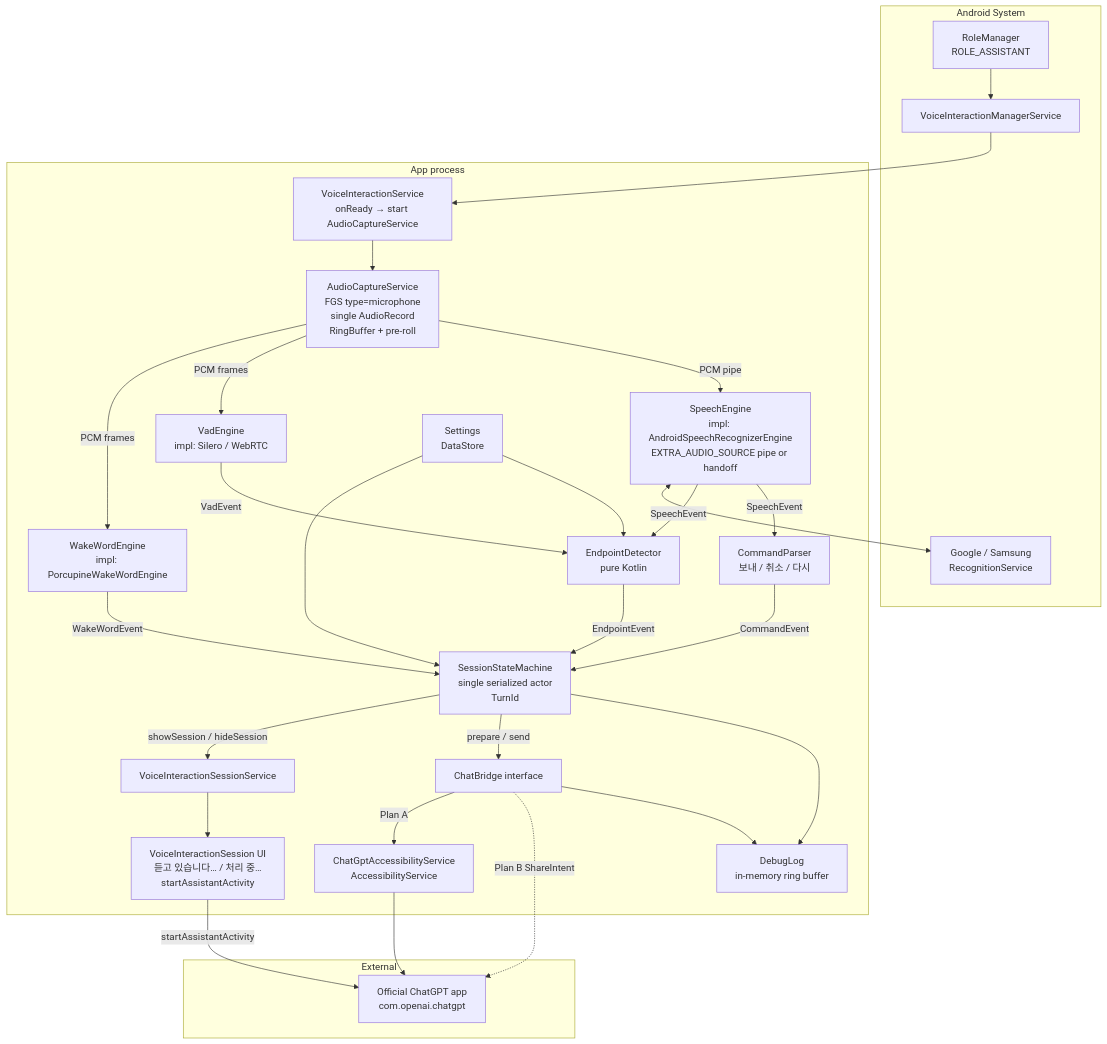
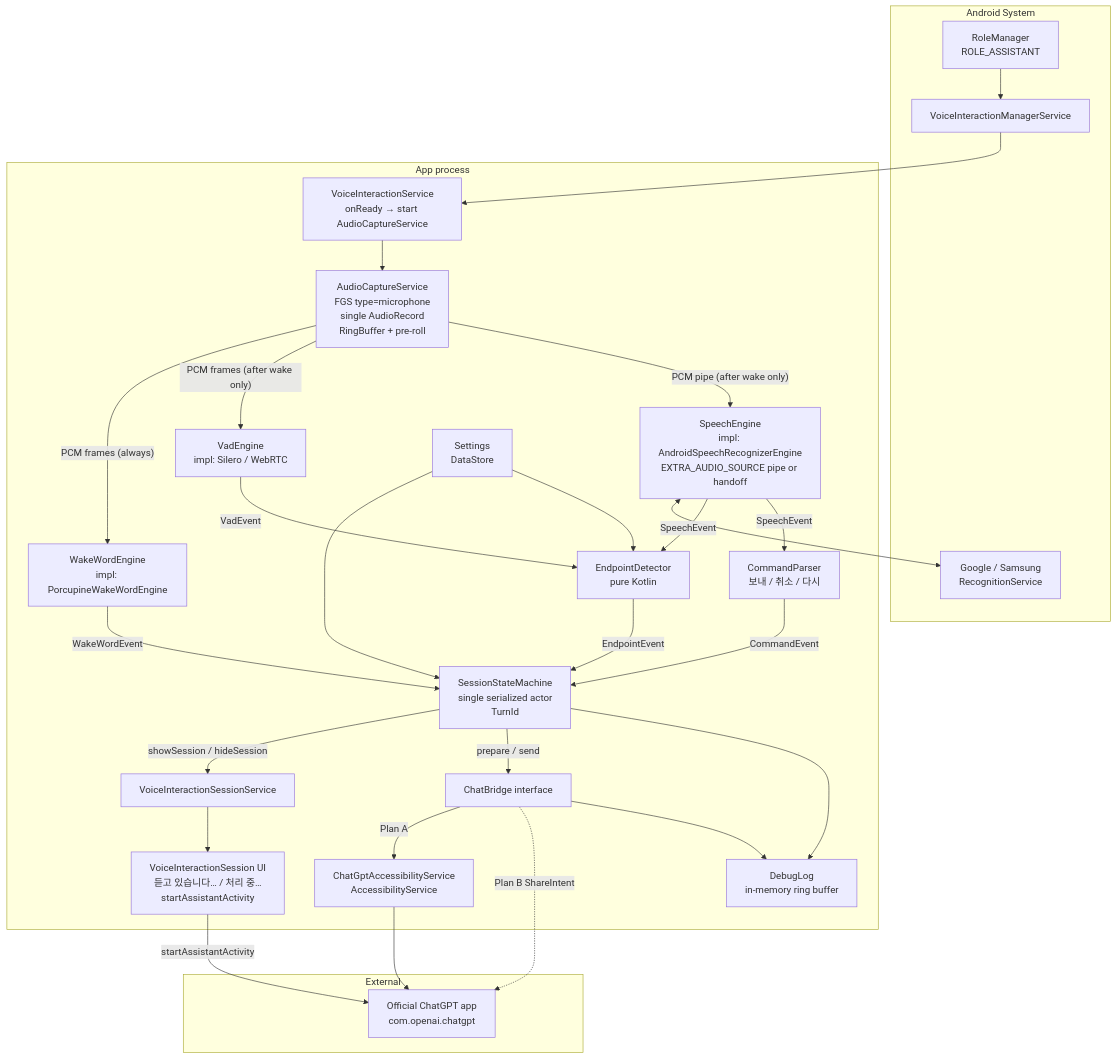
Before and after one commit to ssain3d-lgtm/Chatgpt-Voice-Reciever: the first of 2 diagrams in docs/ARCHITECTURE.md, drawn with Mermaid. The commit also changed other lines of this file and 7 other files, not shown here.

````diff
--- a/docs/ARCHITECTURE.md
+++ b/docs/ARCHITECTURE.md
@@ -68,51 +68,51 @@
 ```mermaid
 flowchart TB
     subgraph SYS[Android System]
         RM[RoleManager<br/>ROLE_ASSISTANT]
         VIMS[VoiceInteractionManagerService]
         GSR[Google / Samsung<br/>RecognitionService]
     end
 
     subgraph APP[App process]
         VIS[VoiceInteractionService<br/>onReady → start AudioCaptureService]
         VSS[VoiceInteractionSessionService]
         SESS[VoiceInteractionSession UI<br/>듣고 있습니다… / 처리 중…<br/>startAssistantActivity]
         FGS[AudioCaptureService<br/>FGS type=microphone<br/>single AudioRecord<br/>RingBuffer + pre-roll]
         WW[WakeWordEngine<br/>impl: PorcupineWakeWordEngine]
         VAD[VadEngine<br/>impl: Silero / WebRTC]
         STT[SpeechEngine<br/>impl: AndroidSpeechRecognizerEngine<br/>EXTRA_AUDIO_SOURCE pipe or handoff]
         EP[EndpointDetector<br/>pure Kotlin]
         CMD[CommandParser<br/>보내 / 취소 / 다시]
         SM[SessionStateMachine<br/>single serialized actor<br/>TurnId]
         BR[ChatBridge interface]
         A11Y[ChatGptAccessibilityService<br/>AccessibilityService]
         SET[Settings<br/>DataStore]
         LOG[DebugLog<br/>in-memory ring buffer]
     end
 
     subgraph EXT[External]
         CG[Official ChatGPT app<br/>com.openai.chatgpt]
     end
 
     RM --> VIMS --> VIS
     VIS --> FGS
-    FGS -- PCM frames --> WW
-    FGS -- PCM frames --> VAD
-    FGS -- PCM pipe --> STT
+    FGS -- "PCM frames (always)" --> WW
+    FGS -- "PCM frames (after wake only)" --> VAD
+    FGS -- "PCM pipe (after wake only)" --> STT
     STT <--> GSR
     WW -- WakeWordEvent --> SM
     VAD -- VadEvent --> EP
     STT -- SpeechEvent --> EP
     STT -- SpeechEvent --> CMD
     CMD -- CommandEvent --> SM
     EP -- EndpointEvent --> SM
     SM -- showSession / hideSession --> VSS --> SESS
     SM -- prepare / send --> BR
     BR -- Plan A --> A11Y --> CG
     BR -. Plan B ShareIntent .-> CG
     SESS -- startAssistantActivity --> CG
     SET --> SM
     SET --> EP
     SM --> LOG
     BR --> LOG
 ```
````
